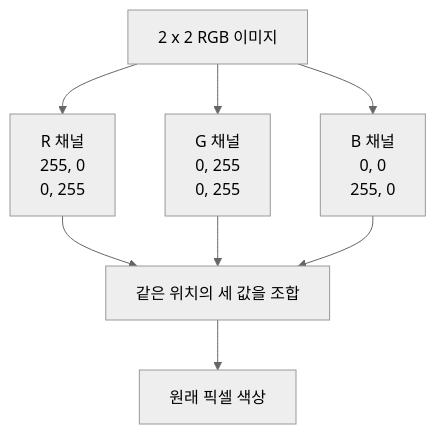
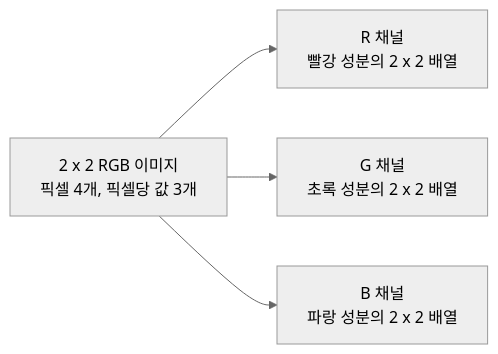
One commit to jaemin-devlog/AI-Study changed the first of 3 diagrams in topics/computer-vision/01-컴퓨터-비전과-이미지-데이터.md. Above: the diagram before and after it, drawn with Mermaid (neutral theme). The commit also changed other lines of this file and 4 other files, not shown here.

````diff
--- a/topics/computer-vision/01-컴퓨터-비전과-이미지-데이터.md
+++ b/topics/computer-vision/01-컴퓨터-비전과-이미지-데이터.md
@@ -81,10 +23,6 @@
 ```mermaid
-flowchart TB
-    A[2 x 2 RGB 이미지] --> R["R 채널<br/>255, 0<br/>0, 255"]
-    A --> G["G 채널<br/>0, 255<br/>0, 255"]
-    A --> B["B 채널<br/>0, 0<br/>255, 0"]
-    R --> C[같은 위치의 세 값을 조합]
-    G --> C
-    B --> C
-    C --> D[원래 픽셀 색상]
+flowchart LR
+    A["2 x 2 RGB 이미지<br/>픽셀 4개, 픽셀당 값 3개"] --> R["R 채널<br/>빨강 성분의 2 x 2 배열"]
+    A --> G["G 채널<br/>초록 성분의 2 x 2 배열"]
+    A --> B["B 채널<br/>파랑 성분의 2 x 2 배열"]
 ```
````
